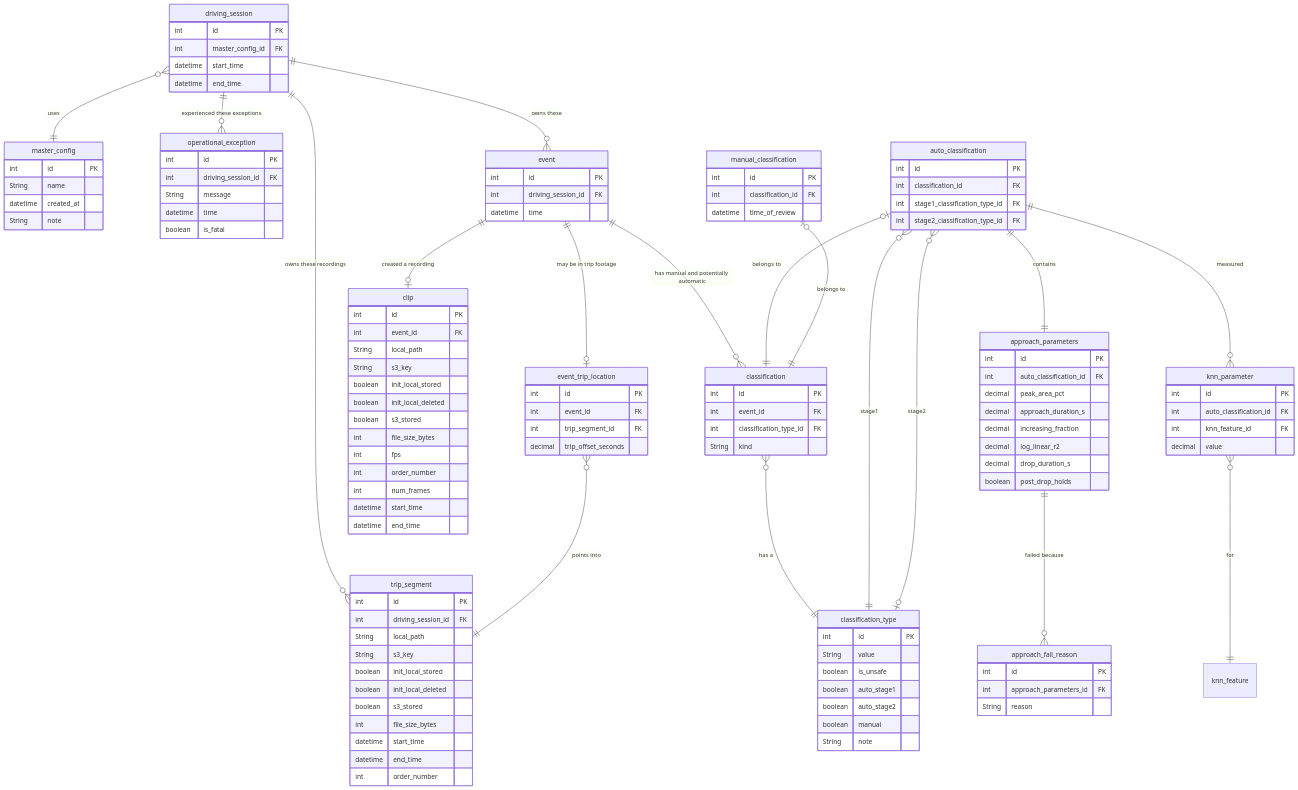
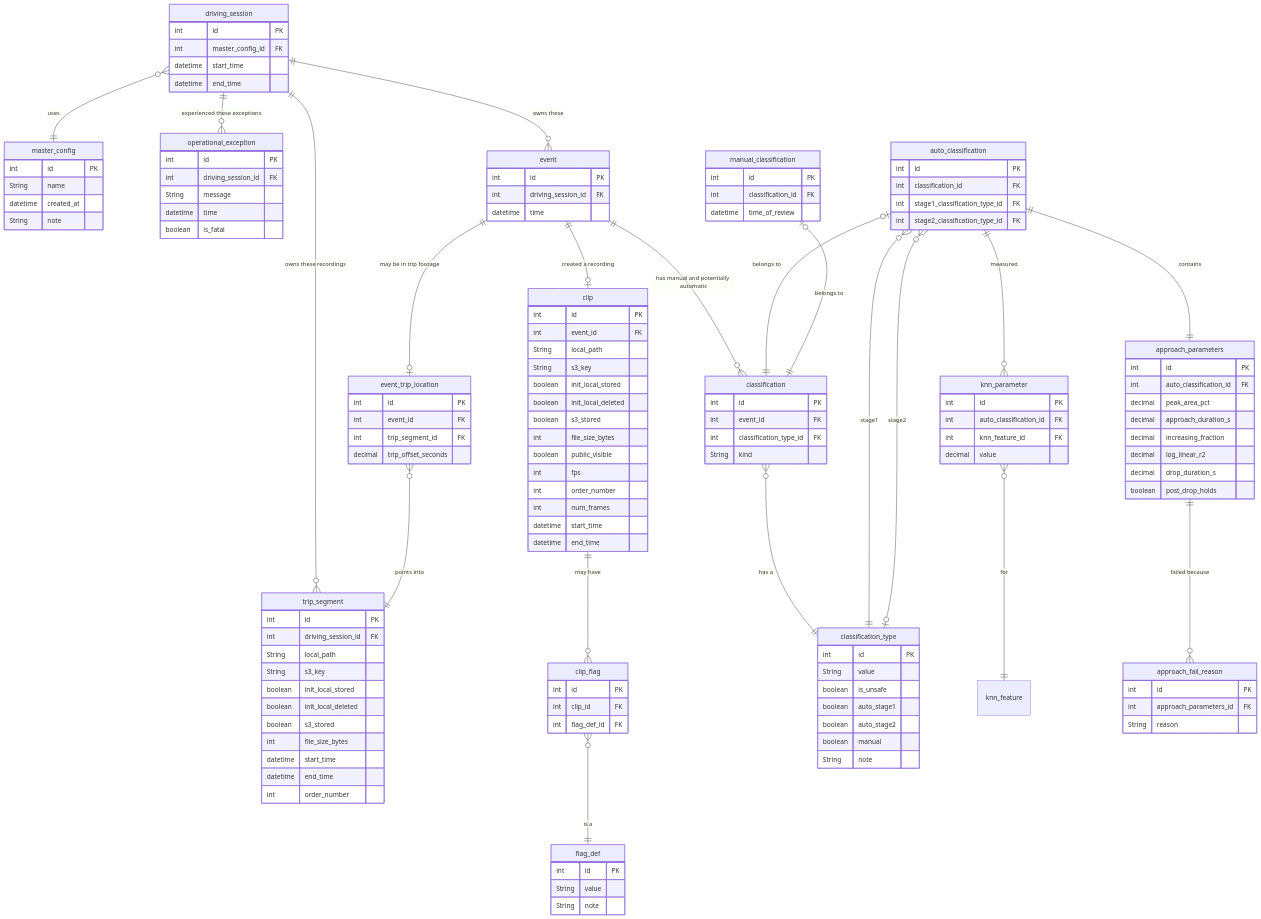
One commit to GregT7/NetraPi changed the first of 2 diagrams in project_management/diagrams/schema_design.md. Above: the diagram before and after it, drawn with Mermaid. The commit also changed other lines of this file and 18 other files, not shown here.

```diff
--- a/project_management/diagrams/schema_design.md
+++ b/project_management/diagrams/schema_design.md
@@ -92,6 +101,8 @@
     event ||--o| event_trip_location: "may be in trip footage"
     event_trip_location }o--|| trip_segment: "points into"
     event ||--o| clip: "created a recording"
+    clip ||--o{ clip_flag: "may have"
+    clip_flag }o--|| flag_def: "is a"
     event ||--o{ classification: "has manual and potentially automatic"
     classification }o--|| classification_type: "has a"
     auto_classification |o--|| classification: "belongs to"
@@ -154,11 +165,24 @@
         boolean init_local_deleted
         boolean s3_stored
         int file_size_bytes
+        boolean public_visible
         int fps
         int order_number
         int num_frames
         datetime start_time
         datetime end_time
+    }
+
+    flag_def {
+        int id PK
+        String value
+        String note
+    }
+
+    clip_flag {
+        int id PK
+        int clip_id FK
+        int flag_def_id FK
     }
 
     classification {
```
